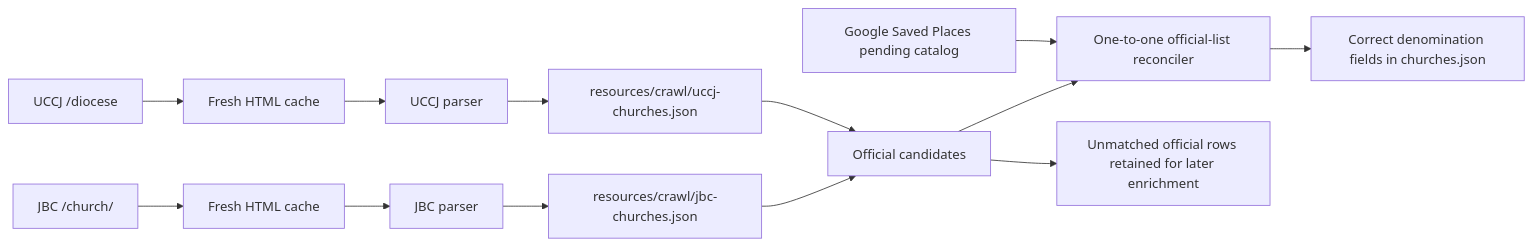
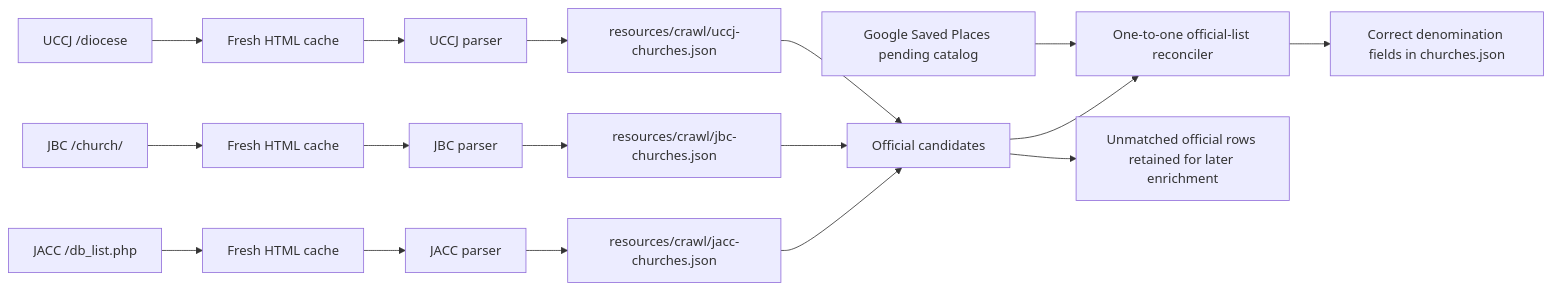
Before and after one commit to crossmapcojp/crossmap: the diagram in crawl/src/main/kotlin/jp/co/crossmap/crawl/denomination/README.md, drawn with Mermaid. The commit also changed other lines of this file and 5 other files, not shown here.

````diff
--- a/crawl/src/main/kotlin/jp/co/crossmap/crawl/denomination/README.md
+++ b/crawl/src/main/kotlin/jp/co/crossmap/crawl/denomination/README.md
@@ -30,15 +31,19 @@
 ```mermaid
 flowchart LR
     U[UCCJ /diocese] --> UL[Fresh HTML cache]
     B[JBC /church/] --> BL[Fresh HTML cache]
+    A[JACC /db_list.php] --> AL[Fresh HTML cache]
     UL --> UP[UCCJ parser]
     BL --> BP[JBC parser]
+    AL --> AP[JACC parser]
     UP --> UJ[resources/crawl/uccj-churches.json]
     BP --> BJ[resources/crawl/jbc-churches.json]
+    AP --> AJ[resources/crawl/jacc-churches.json]
     UJ --> C[Official candidates]
     BJ --> C
+    AJ --> C
     G[Google Saved Places pending catalog] --> R[One-to-one official-list reconciler]
     C --> R
     R --> O[Correct denomination fields in churches.json]
     C --> M[Unmatched official rows retained for later enrichment]
 ```
````
